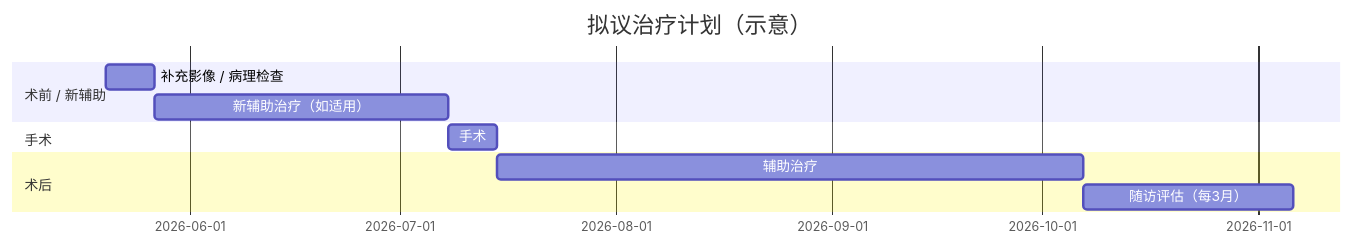
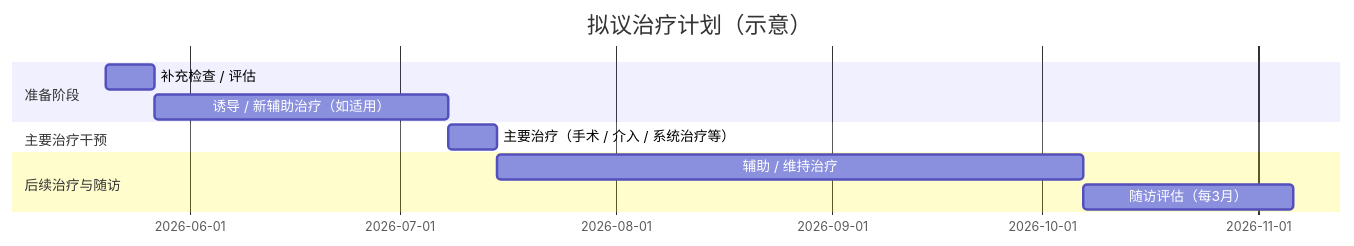
Before and after one commit to xhyccc/MDTAgents: the second of 2 diagrams in prompts/coordinator_synthesis.md, drawn with Mermaid. The commit also changed other lines of this file and 11 other files, not shown here.

````diff
--- a/prompts/coordinator_synthesis.md
+++ b/prompts/coordinator_synthesis.md
@@ -119,13 +123,13 @@
 ```mermaid
 gantt
     title 拟议治疗计划（示意）
     dateFormat  YYYY-MM-DD
-    section 术前 / 新辅助
-    补充影像 / 病理检查       :a1, 2026-05-20, 7d
-    新辅助治疗（如适用）      :a2, after a1, 42d
-    section 手术
-    手术                      :b1, after a2, 7d
-    section 术后
-    辅助治疗                  :c1, after b1, 84d
+    section 准备阶段
+    补充检查 / 评估           :a1, 2026-05-20, 7d
+    诱导 / 新辅助治疗（如适用）:a2, after a1, 42d
+    section 主要治疗干预
+    主要治疗（手术 / 介入 / 系统治疗等）:b1, after a2, 7d
+    section 后续治疗与随访
+    辅助 / 维持治疗           :c1, after b1, 84d
     随访评估（每3月）         :c2, after c1, 30d
 ```
````
